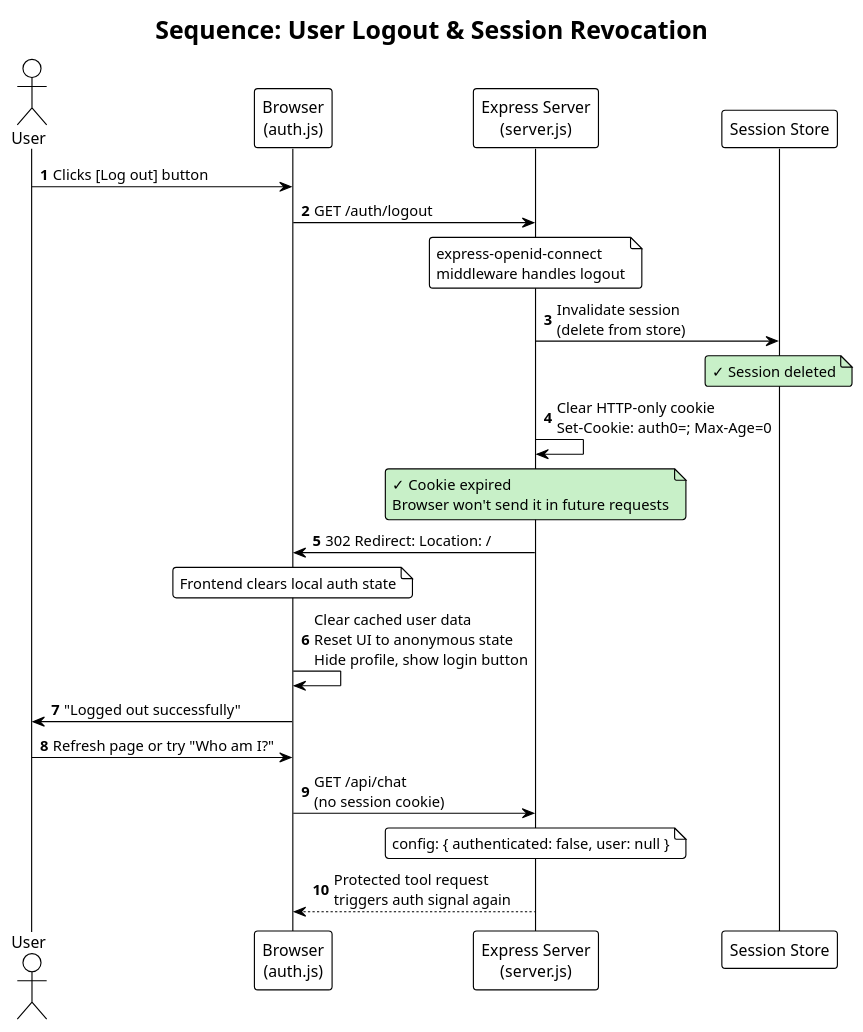
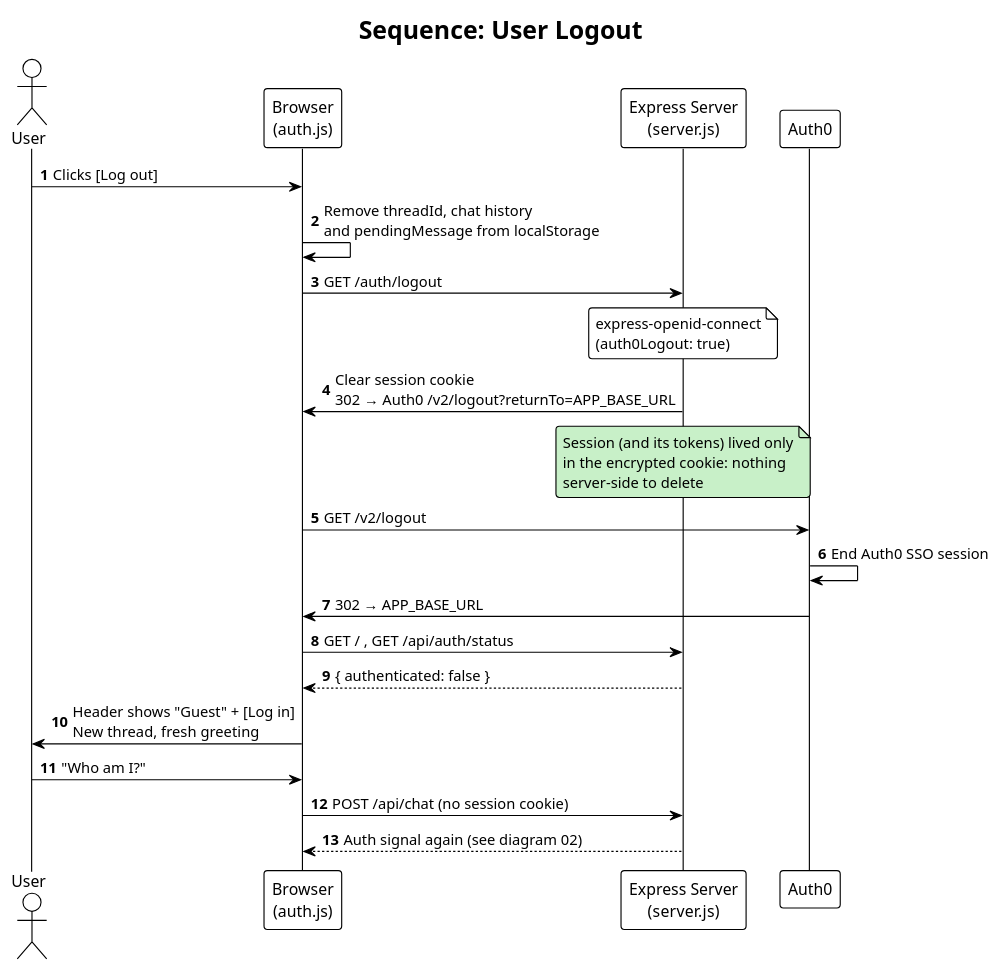
One commit to malotian/node-ai-assitant changed the diagram in docs/05_logout_session_revocation.puml. Above: the diagram before and after it, drawn with PlantUML. The commit also changed 17 other files, not shown here.

First line of the commit message:
docs: remove duplicate diagrams, sync docs with code, clean up

```diff
--- a/docs/05_logout_session_revocation.puml
+++ b/docs/05_logout_session_revocation.puml
@@ -1,50 +1,43 @@
 @startuml Logout_Session_Revocation
 !theme plain
 autonumber
 skinparam shadowing false
 skinparam roundcorner 6
 skinparam defaultFontName Arial
 skinparam lifelineStrategy solid
 
-title Sequence: User Logout & Session Revocation
+title Sequence: User Logout
 
 actor User
 participant "Browser\n(auth.js)" as UI
 participant "Express Server\n(server.js)" as Server
-participant "Session Store" as SessionStore
+participant "Auth0" as Auth0
 
-User -> UI : Clicks [Log out] button
+User -> UI : Clicks [Log out]
+UI -> UI : Remove threadId, chat history\nand pendingMessage from localStorage
 UI -> Server : GET /auth/logout
 note over Server
   express-openid-connect
-  middleware handles logout
+  (auth0Logout: true)
 end note
 
-Server -> SessionStore : Invalidate session\n(delete from store)
-note over SessionStore #c8f0c8
-  ✓ Session deleted
+Server -> UI : Clear session cookie\n302 → Auth0 /v2/logout?returnTo=APP_BASE_URL
+note over Server #c8f0c8
+  Session (and its tokens) lived only
+  in the encrypted cookie: nothing
+  server-side to delete
 end note
 
-Server -> Server : Clear HTTP-only cookie\nSet-Cookie: auth0=; Max-Age=0
-note over Server #c8f0c8
-  ✓ Cookie expired
-  Browser won't send it in future requests
-end note
+UI -> Auth0 : GET /v2/logout
+Auth0 -> Auth0 : End Auth0 SSO session
+Auth0 -> UI : 302 → APP_BASE_URL
 
-Server -> UI : 302 Redirect: Location: /
-note over UI
-  Frontend clears local auth state
-end note
+UI -> Server : GET / , GET /api/auth/status
+Server --> UI : { authenticated: false }
+UI -> User : Header shows "Guest" + [Log in]\nNew thread, fresh greeting
 
-UI -> UI : Clear cached user data\nReset UI to anonymous state\nHide profile, show login button
-UI -> User : "Logged out successfully"
-
-User -> UI : Refresh page or try "Who am I?"
-UI -> Server : GET /api/chat\n(no session cookie)
-note over Server
-  config: { authenticated: false, user: null }
-end note
-
-Server --> UI : Protected tool request\ntriggers auth signal again
+User -> UI : "Who am I?"
+UI -> Server : POST /api/chat (no session cookie)
+Server --> UI : Auth signal again (see diagram 02)
 
 @enduml
```
